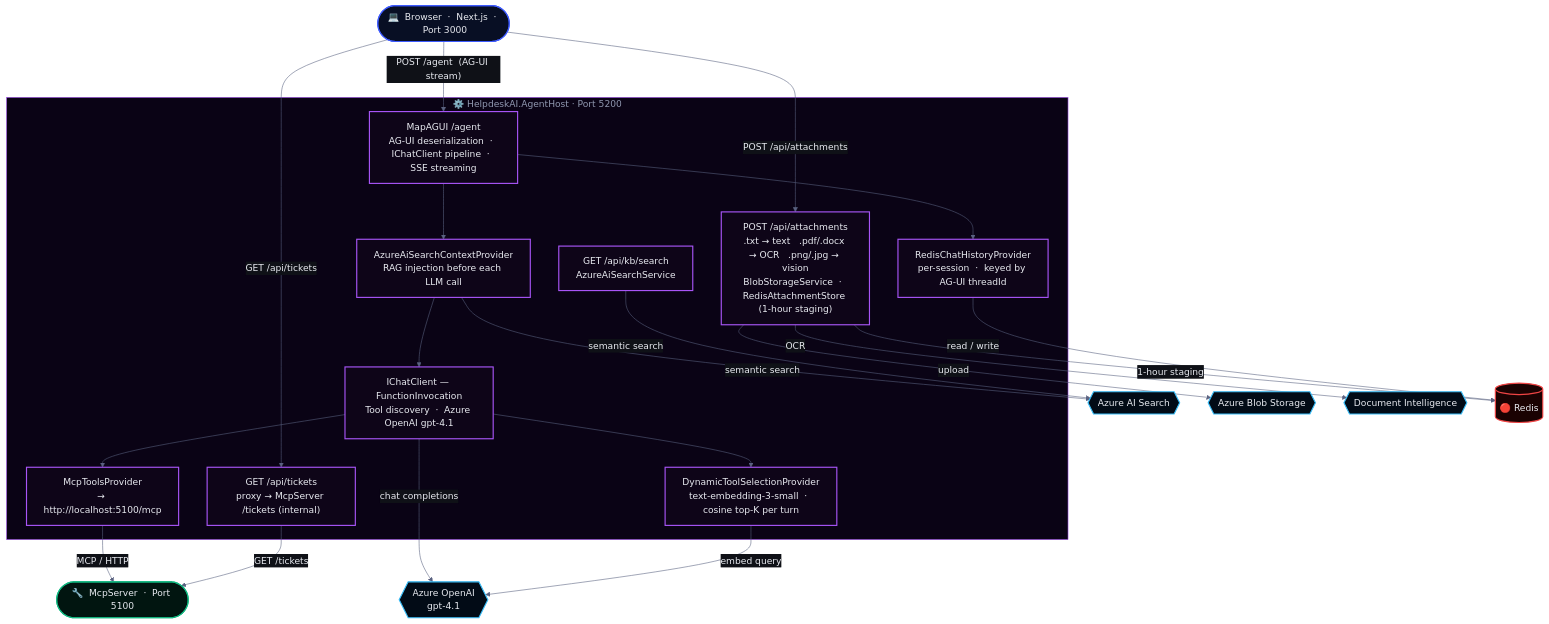
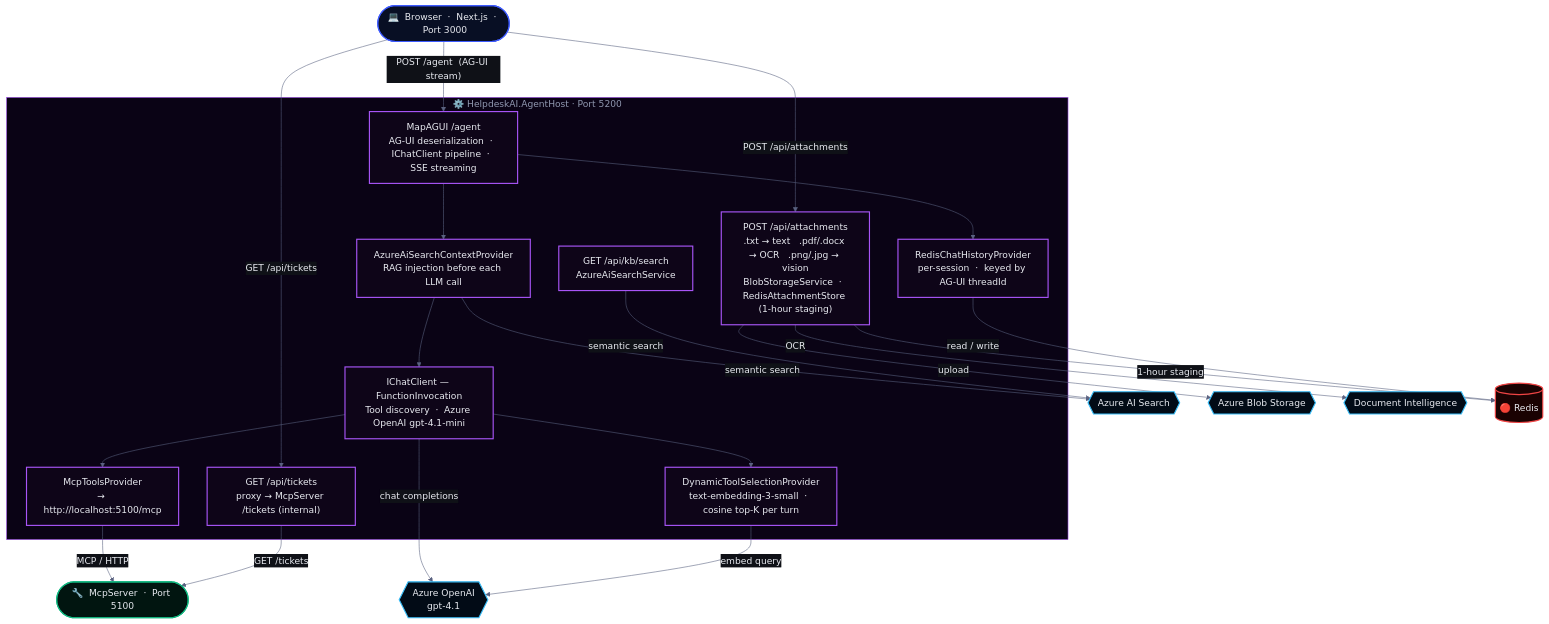
One commit to sreyanchoudhury/HelpdeskAI.CSharp changed the first of 2 diagrams in src/HelpdeskAI.AgentHost/README.md. Above: the diagram before and after it, drawn with Mermaid. The commit also changed other lines of this file and 4 other files, not shown here.

````diff
--- a/src/HelpdeskAI.AgentHost/README.md
+++ b/src/HelpdeskAI.AgentHost/README.md
@@ -45,52 +45,52 @@
 ```mermaid
 %%{init: {"theme": "base", "themeVariables": {"primaryColor": "#151820", "primaryTextColor": "#e8eaf0", "primaryBorderColor": "#a855f7", "lineColor": "#5a6280", "secondaryColor": "#0f1117", "tertiaryColor": "#0a0b0f", "clusterBkg": "#0a0315", "titleColor": "#9098b0", "edgeLabelBackground": "#0f1117", "fontFamily": "system-ui, -apple-system, sans-serif"}}}%%
 flowchart TD
     classDef browser  fill:#080f24,stroke:#3d5afe,color:#e8eaf0,stroke-width:2px
     classDef core     fill:#0e0518,stroke:#a855f7,color:#e8eaf0,stroke-width:2px
     classDef azure    fill:#020b16,stroke:#38bdf8,color:#e8eaf0,stroke-width:2px
     classDef redis    fill:#1a0202,stroke:#ef4444,color:#e8eaf0,stroke-width:2px
     classDef mcp      fill:#011510,stroke:#10b981,color:#e8eaf0,stroke-width:2px
 
     BROWSER(["💻  Browser  ·  Next.js  ·  Port 3000"]):::browser
 
     subgraph AH["⚙️  HelpdeskAI.AgentHost  ·  Port 5200"]
         AGUI["MapAGUI /agent<br/>AG-UI deserialization  ·  IChatClient pipeline  ·  SSE streaming"]:::core
         RAG["AzureAiSearchContextProvider<br/>RAG injection before each LLM call"]:::core
-        FI["IChatClient — FunctionInvocation<br/>Tool discovery  ·  Azure OpenAI gpt-4.1"]:::core
+        FI["IChatClient — FunctionInvocation<br/>Tool discovery  ·  Azure OpenAI gpt-4.1-mini"]:::core
         MCP["McpToolsProvider<br/>→ http://localhost:5100/mcp"]:::core
         HIST["RedisChatHistoryProvider<br/>per-session  ·  keyed by AG-UI threadId"]:::core
         ATT["POST /api/attachments<br/>.txt → text   .pdf/.docx → OCR   .png/.jpg → vision<br/>BlobStorageService  ·  RedisAttachmentStore (1-hour staging)"]:::core
         KB["GET /api/kb/search<br/>AzureAiSearchService"]:::core
         TKP["GET /api/tickets<br/>proxy → McpServer /tickets (internal)"]:::core
         DTS["DynamicToolSelectionProvider<br/>text-embedding-3-small  ·  cosine top-K per turn"]:::core
     end
 
     MCPSRV(["🔧  McpServer  ·  Port 5100"]):::mcp
     AOA{{"Azure OpenAI<br/>gpt-4.1"}}:::azure
     AIS{{"Azure AI Search"}}:::azure
     ABS{{"Azure Blob Storage"}}:::azure
     ADI{{"Document Intelligence"}}:::azure
     REDIS[("🔴  Redis")]:::redis
 
     style AH fill:#0a0315,stroke:#a855f7,color:#9098b0
 
     BROWSER -- "POST /agent  (AG-UI stream)" --> AGUI
     BROWSER -- "POST /api/attachments"       --> ATT
     BROWSER -- "GET /api/tickets"            --> TKP
 
     AGUI --> RAG
     AGUI --> HIST
     RAG  --> FI
     FI   --> MCP
     FI   --> DTS
     FI   -- "chat completions" --> AOA
     MCP  -- "MCP / HTTP"       --> MCPSRV
     DTS  -- "embed query"      --> AOA
     TKP  -- "GET /tickets"     --> MCPSRV
     RAG  -- "semantic search"  --> AIS
     KB   -- "semantic search"  --> AIS
     ATT  -- "upload"           --> ABS
     ATT  -- "OCR"              --> ADI
     ATT  -- "1-hour staging"   --> REDIS
     HIST -- "read / write"     --> REDIS
 ```
````
